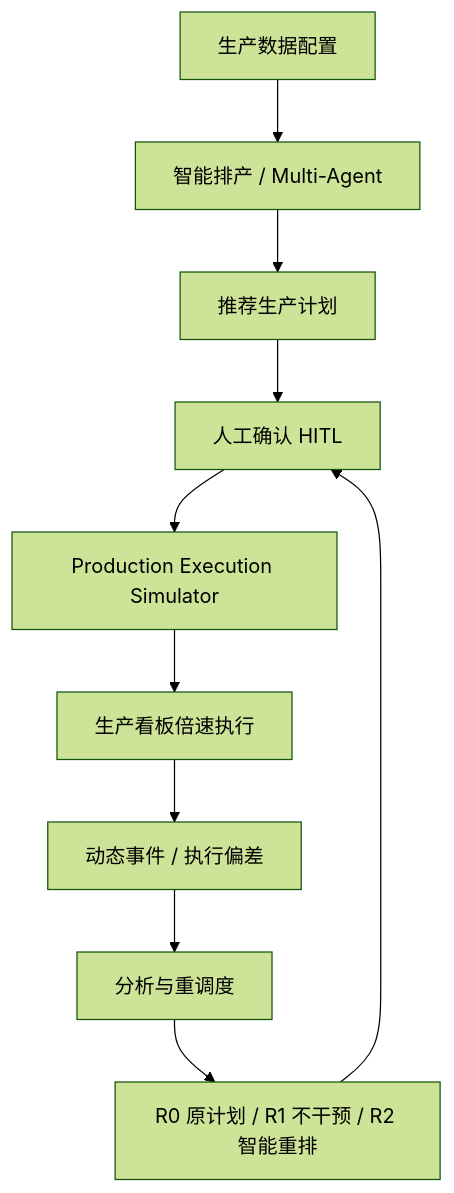
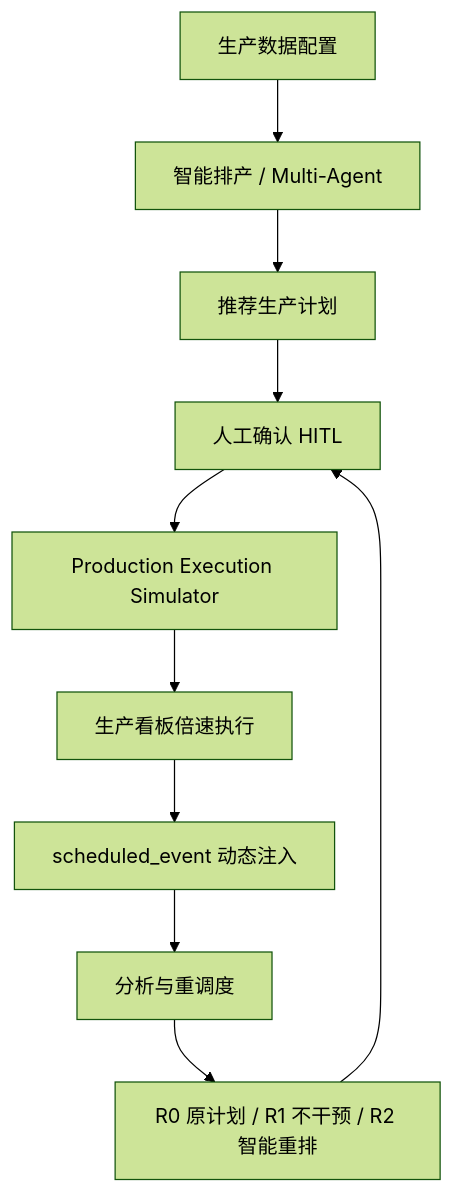
One commit to earlymessi/metaforge_agent changed the first of 10 diagrams in README.md. Above: the diagram before and after it, drawn with Mermaid (forest theme). The commit also changed other lines of this file and 4649 other files, not shown here.

````diff
--- a/README.md
+++ b/README.md
@@ -30,12 +30,12 @@
 ```mermaid
 flowchart TD
     A[生产数据配置] --> B[智能排产 / Multi-Agent]
     B --> C[推荐生产计划]
     C --> D[人工确认 HITL]
     D --> E[Production Execution Simulator]
     E --> F[生产看板倍速执行]
-    F --> G[动态事件 / 执行偏差]
+    F --> G[scheduled_event 动态注入]
     G --> H[分析与重调度]
     H --> I[R0 原计划 / R1 不干预 / R2 智能重排]
     I --> D
 ```
````
